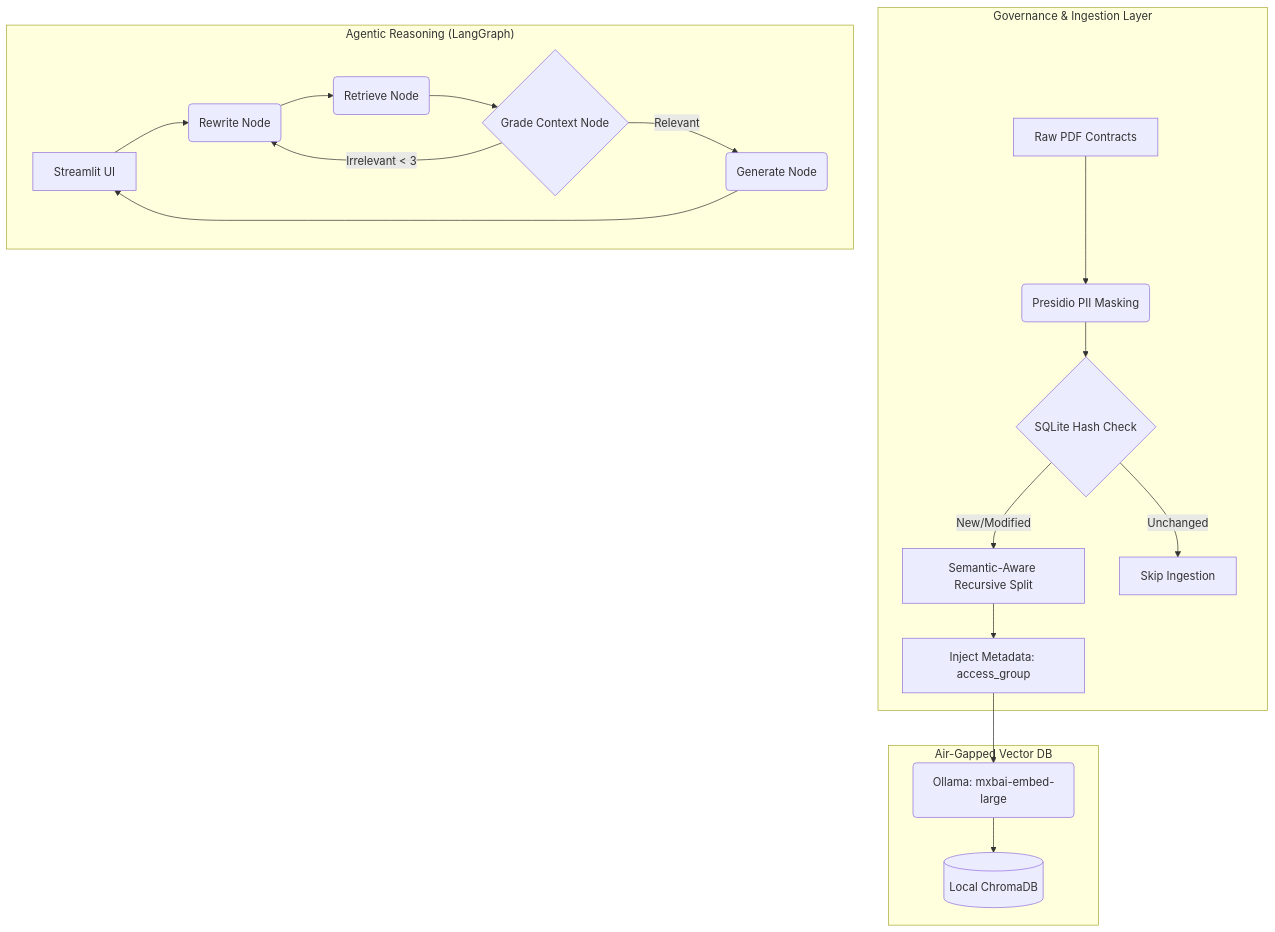
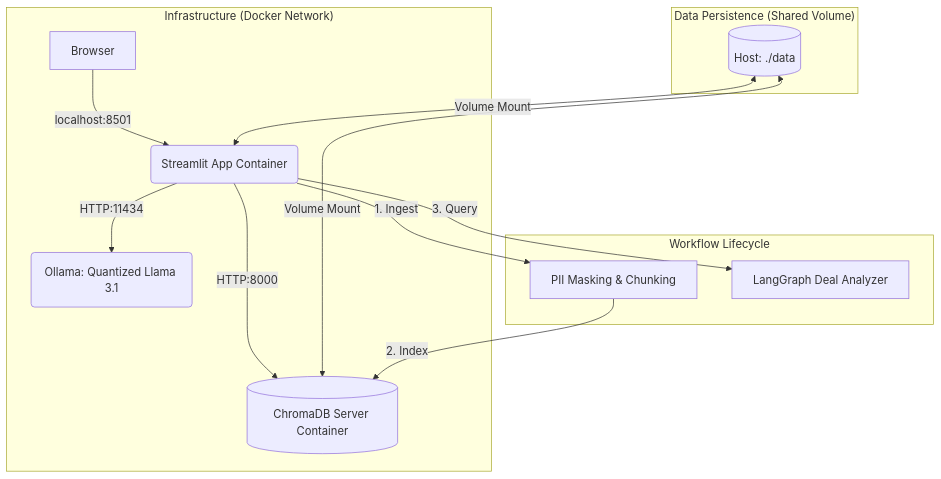
Before and after one commit to mkazemicent/fin-doc-rag-pipeline: the first of 2 diagrams in README.md, drawn with Mermaid. The commit also changed other lines of this file and 2 other files, not shown here.

Commit message:
docs: fin-deal-analyzer-poc with low-VRAM optimizations and enterprise scaling roadmap

````diff
--- a/README.md
+++ b/README.md
@@ -8,24 +10,20 @@
 ```mermaid
 graph TD
-    subgraph "Governance & Ingestion Layer"
-        A[Raw PDF Contracts] --> B(Presidio PII Masking)
-        B --> C{SQLite Hash Check}
-        C -- "New/Modified" --> D[Semantic-Aware Recursive Split]
-        C -- "Unchanged" --> SKIP[Skip Ingestion]
-        D --> E[Inject Metadata: access_group]
+    subgraph "Infrastructure (Docker Network)"
+        A[Browser] -->|localhost:8501| B(Streamlit App Container)
+        B -->|HTTP:8000| C[(ChromaDB Server Container)]
+        B -->|HTTP:11434| D(Ollama: Quantized Llama 3.1)
     end
 
-    subgraph "Air-Gapped Vector DB"
-        E --> F(Ollama: mxbai-embed-large)
-        F --> G[(Local ChromaDB)]
+    subgraph "Data Persistence (Shared Volume)"
+        E[(Host: ./data)]
+        E <-->|Volume Mount| B
+        E <-->|Volume Mount| C
     end
 
-    subgraph "Agentic Reasoning (LangGraph)"
-        H[Streamlit UI] --> I(Rewrite Node)
-        I --> J(Retrieve Node)
-        J --> K{Grade Context Node}
-        K -- "Relevant" --> L(Generate Node)
-        K -- "Irrelevant < 3" --> I
-        L --> H
+    subgraph "Workflow Lifecycle"
+        B -->|1. Ingest| F[PII Masking & Chunking]
+        F -->|2. Index| C
+        B -->|3. Query| G[LangGraph Deal Analyzer]
     end
 ```
````
